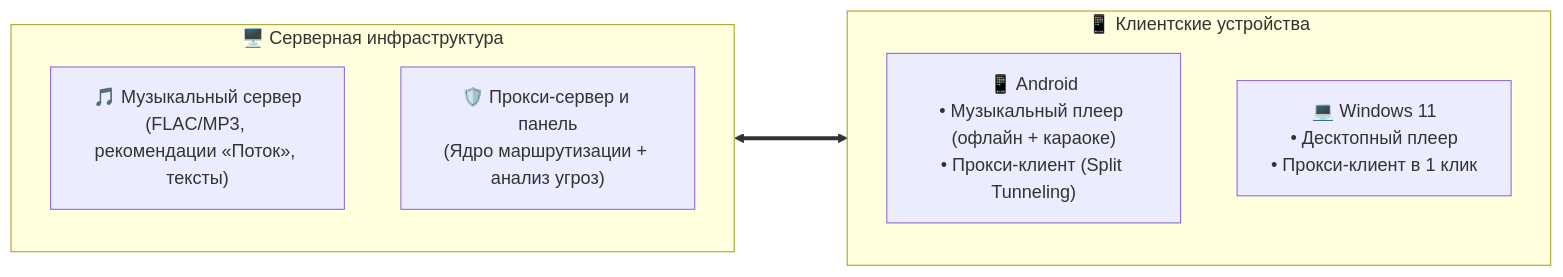
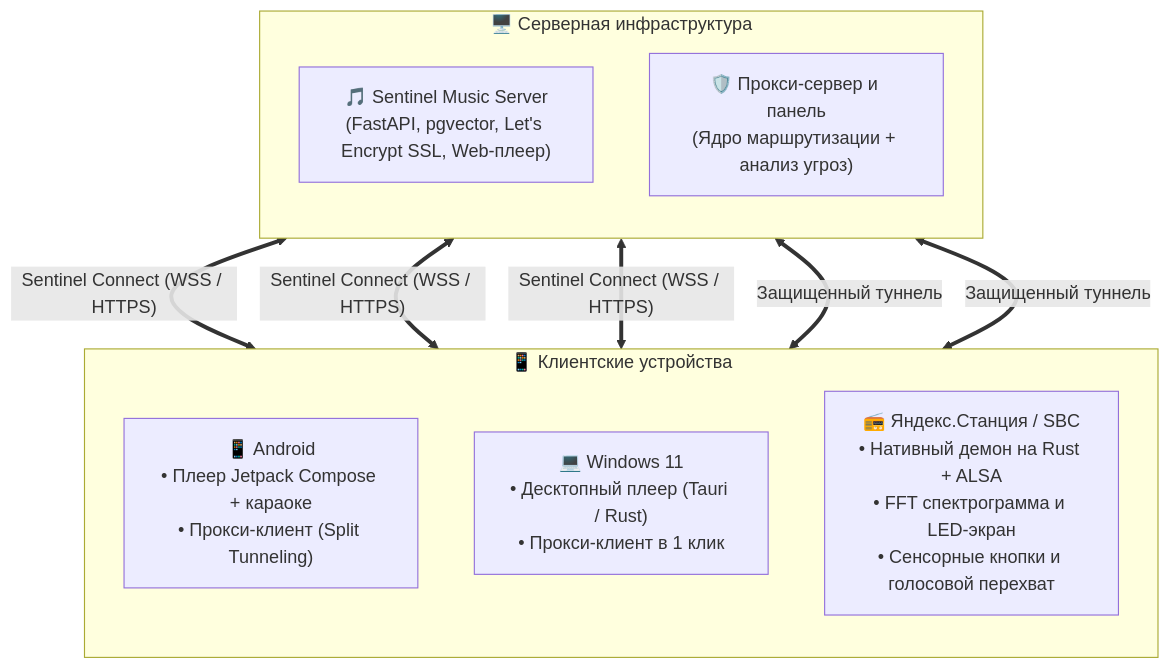
Before and after one commit to blackalex1/Sentinel-Ecosystem: the diagram in README.md, drawn with Mermaid. The commit also changed other lines of this file, not shown here.

Commit message:
docs: add Sentinel Station and Sentinel Connect architecture to ecosystem README

````diff
--- a/README.md
+++ b/README.md
@@ -60,16 +73,21 @@
 ```mermaid
-flowchart LR
+flowchart TB
     subgraph Server[" 🖥️ Серверная инфраструктура "]
         direction TB
-        MusicServer["🎵 Музыкальный сервер<br/>(FLAC/MP3, рекомендации «Поток», тексты)"]
+        MusicServer["🎵 Sentinel Music Server<br/>(FastAPI, pgvector, Let's Encrypt SSL, Web-плеер)"]
         ProxyServer["🛡️ Прокси-сервер и панель<br/>(Ядро маршрутизации + анализ угроз)"]
     end
 
     subgraph Devices[" 📱 Клиентские устройства "]
         direction TB
-        AndroidApp["📱 Android<br/>• Музыкальный плеер (офлайн + караоке)<br/>• Прокси-клиент (Split Tunneling)"]
-        WindowsApp["💻 Windows 11<br/>• Десктопный плеер<br/>• Прокси-клиент в 1 клик"]
+        AndroidApp["📱 Android<br/>• Плеер Jetpack Compose + караоке<br/>• Прокси-клиент (Split Tunneling)"]
+        WindowsApp["💻 Windows 11<br/>• Десктопный плеер (Tauri / Rust)<br/>• Прокси-клиент в 1 клик"]
+        StationApp["📻 Яндекс.Станция / SBC<br/>• Нативный демон на Rust + ALSA<br/>• FFT спектрограмма и LED-экран<br/>• Сенсорные кнопки и голосовой перехват"]
     end
 
-    Server <===> Devices
+    MusicServer <== "Sentinel Connect (WSS / HTTPS)" ==> AndroidApp
+    MusicServer <== "Sentinel Connect (WSS / HTTPS)" ==> WindowsApp
+    MusicServer <== "Sentinel Connect (WSS / HTTPS)" ==> StationApp
+    ProxyServer <== "Защищенный туннель" ==> AndroidApp
+    ProxyServer <== "Защищенный туннель" ==> WindowsApp
 ```
````
